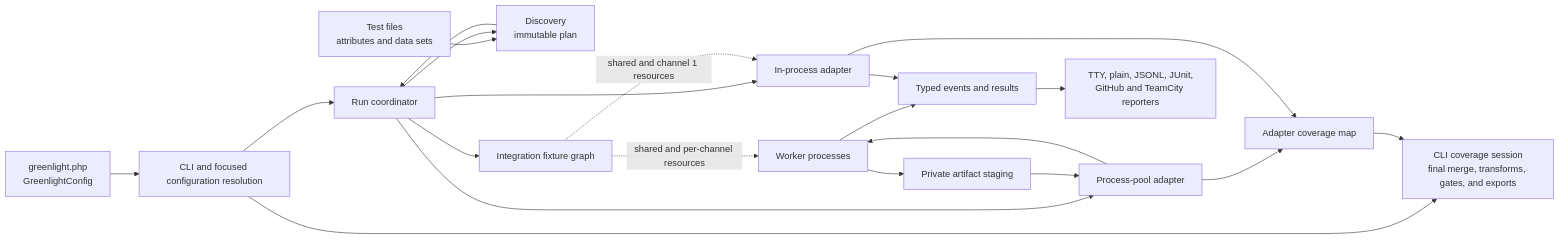
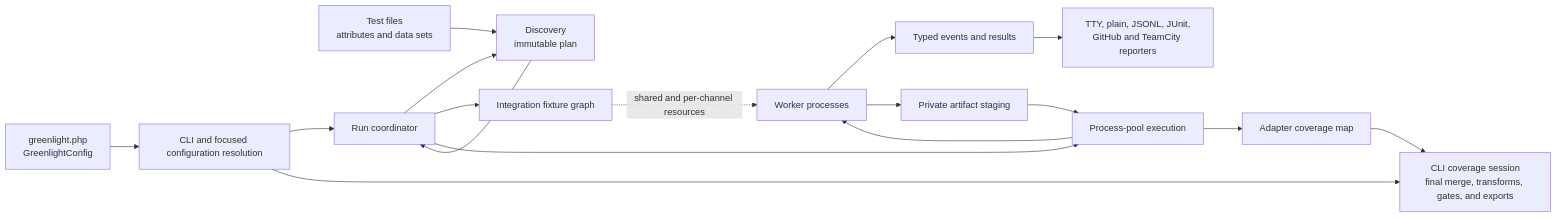
Before and after one commit to ben-challis/greenlight: the diagram in docs/architecture/README.md, drawn with Mermaid. The commit also changed other lines of this file and 31 other files, not shown here.

Commit message:
refactor(execution): remove in-process execution

````diff
--- a/docs/architecture/README.md
+++ b/docs/architecture/README.md
@@ -12,23 +12,19 @@
 ```mermaid
 flowchart LR
     config["greenlight.php<br/>GreenlightConfig"] --> cli["CLI and focused configuration resolution"]
     tests["Test files<br/>attributes and data sets"] --> discovery["Discovery<br/>immutable plan"]
     cli --> coordinator["Run coordinator"]
     coordinator --> discovery
     discovery --> coordinator
     coordinator --> fixtures["Integration fixture graph"]
-    coordinator --> inprocess["In-process adapter"]
-    coordinator --> orchestrator["Process-pool adapter"]
+    coordinator --> orchestrator["Process-pool execution"]
     orchestrator --> workers["Worker processes"]
     fixtures -. "shared and per-channel resources" .-> workers
-    fixtures -. "shared and channel 1 resources" .-> inprocess
     workers --> events["Typed events and results"]
-    inprocess --> events
     events --> reporters["TTY, plain, JSONL, JUnit,<br/>GitHub and TeamCity reporters"]
     workers --> staging["Private artifact staging"]
     staging --> orchestrator
     orchestrator --> adaptercoverage["Adapter coverage map"]
-    inprocess --> adaptercoverage
     cli --> coverage["CLI coverage session<br/>final merge, transforms, gates, and exports"]
     adaptercoverage --> coverage
 ```
````
